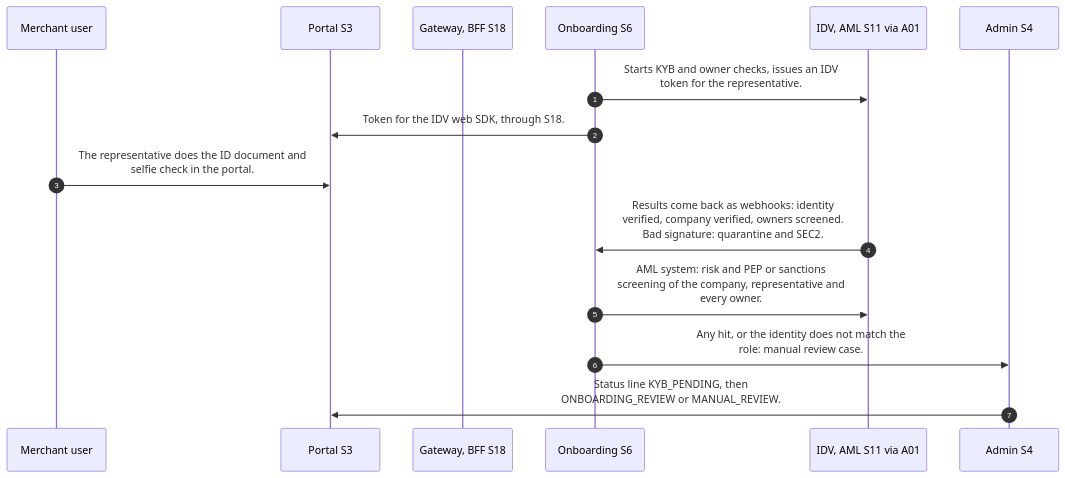
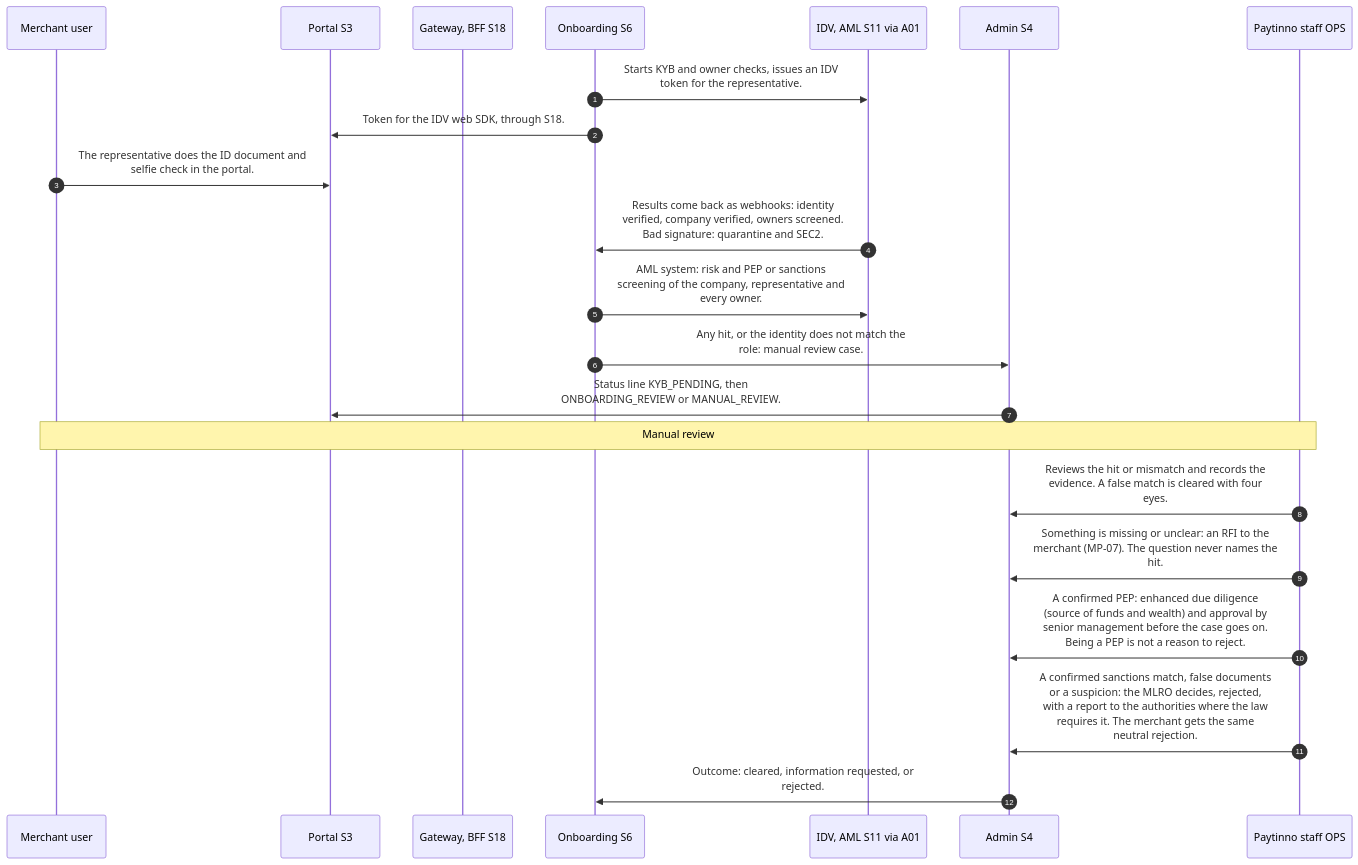
The first of 2 diagrams in docs/workflows/MP-06-company-checks-identity-and-screening.md (paytinno/merchant-portal-workflows), drawn with Mermaid before and after one commit. The commit also changed other lines of this file and 6 other files, not shown here.

First line of the commit message:
MP-06: exits from MANUAL_REVIEW

````diff
--- a/docs/workflows/MP-06-company-checks-identity-and-screening.md
+++ b/docs/workflows/MP-06-company-checks-identity-and-screening.md
@@ -22,17 +22,24 @@
 ```mermaid
 sequenceDiagram
   autonumber
   participant MER as Merchant user
   participant S3 as Portal S3
   participant S18 as Gateway, BFF S18
   participant S6 as Onboarding S6
   participant S11 as IDV, AML S11 via A01
   participant S4 as Admin S4
+  participant OPS as Paytinno staff OPS
   S6->>S11: Starts KYB and owner checks, issues an IDV<br/>token for the representative.
   S6->>S3: Token for the IDV web SDK, through S18.
   MER->>S3: The representative does the ID document and<br/>selfie check in the portal.
   S11->>S6: Results come back as webhooks: identity<br/>verified, company verified, owners screened.<br/>Bad signature: quarantine and SEC2.
   S6->>S11: AML system: risk and PEP or sanctions<br/>screening of the company, representative and<br/>every owner.
   S6->>S4: Any hit, or the identity does not match the<br/>role: manual review case.
   S4->>S3: Status line KYB_PENDING, then<br/>ONBOARDING_REVIEW or MANUAL_REVIEW.
+  Note over MER,OPS: Manual review
+  OPS->>S4: Reviews the hit or mismatch and records the<br/>evidence. A false match is cleared with four<br/>eyes.
+  OPS->>S4: Something is missing or unclear: an RFI to the<br/>merchant (MP-07). The question never names the<br/>hit.
+  OPS->>S4: A confirmed PEP: enhanced due diligence<br/>(source of funds and wealth) and approval by<br/>senior management before the case goes on.<br/>Being a PEP is not a reason to reject.
+  OPS->>S4: A confirmed sanctions match, false documents<br/>or a suspicion: the MLRO decides, rejected,<br/>with a report to the authorities where the law<br/>requires it. The merchant gets the same<br/>neutral rejection.
+  S4->>S6: Outcome: cleared, information requested, or<br/>rejected.
 ```
````
